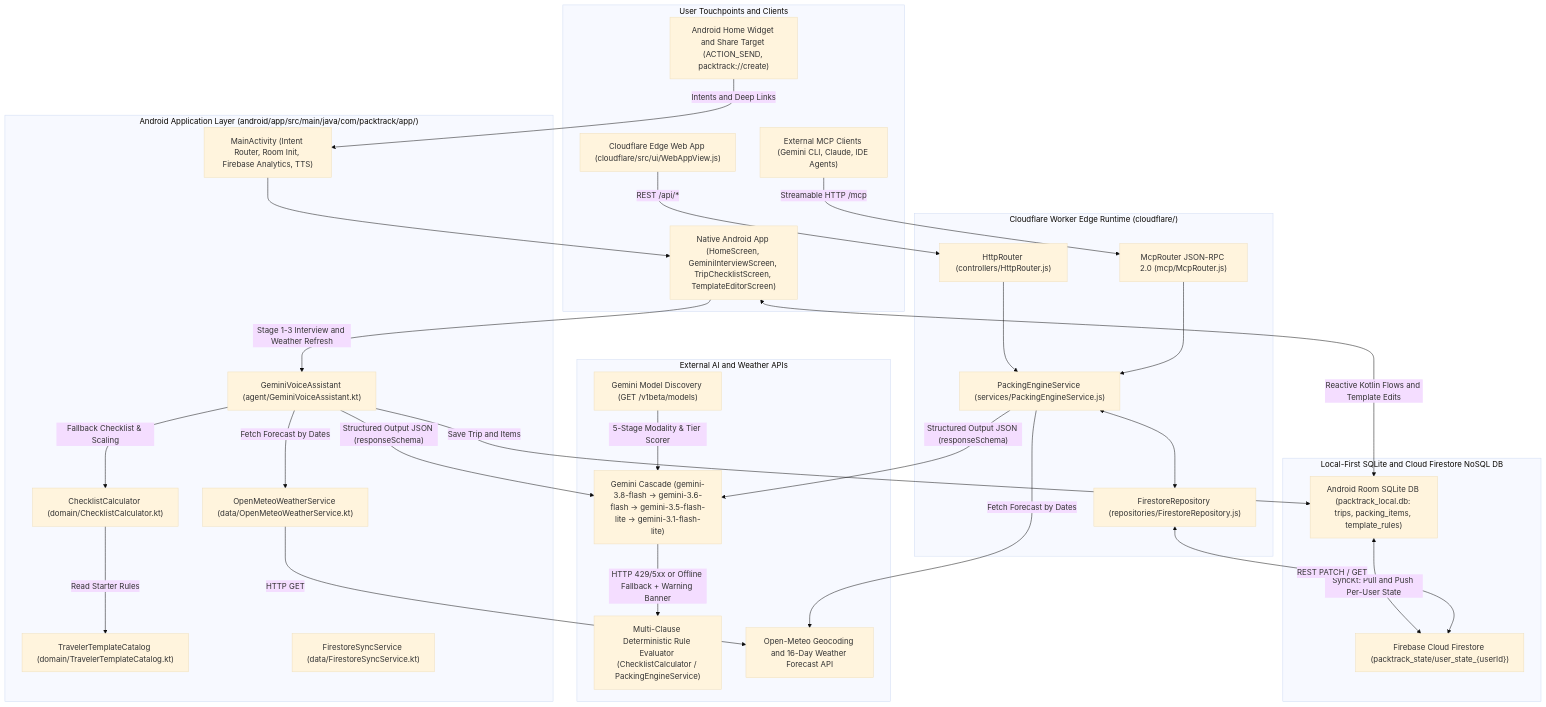
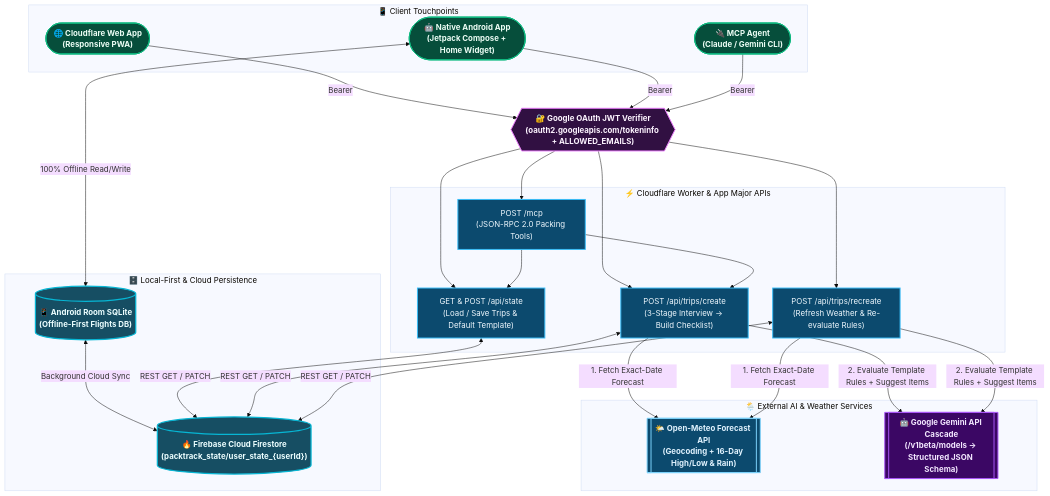
One commit to madhavsankar/PackTrack changed the second of 2 diagrams in README.md. Above: the diagram before and after it, drawn with Mermaid (base theme). The commit also changed other lines of this file and 1 other file, not shown here.

Commit message:
Add visual app screens SVG, colorful CUJ usage diagram, and shaped HLD diagram to README

````diff
--- a/README.md
+++ b/README.md
@@ -31,61 +66,46 @@
 ```mermaid
 flowchart TB
-    subgraph Clients["User Touchpoints and Clients"]
-        AndroidUI["Native Android App (HomeScreen, GeminiInterviewScreen, TripChecklistScreen, TemplateEditorScreen)"]
-        Widget["Android Home Widget and Share Target (ACTION_SEND, packtrack://create)"]
-        EdgePWA["Cloudflare Edge Web App (cloudflare/src/ui/WebAppView.js)"]
-        ExternalMCP["External MCP Clients (Gemini CLI, Claude, IDE Agents)"]
+    classDef client fill:#064e3b,stroke:#10b981,stroke-width:2px,color:#ecfdf5,font-weight:bold
+    classDef gate fill:#311042,stroke:#e879f9,stroke-width:2px,color:#fdf4ff,font-weight:bold
+    classDef api fill:#0c4a6e,stroke:#38bdf8,stroke-width:2px,color:#f0f9ff
+    classDef ext fill:#3b0764,stroke:#a855f7,stroke-width:2px,color:#f3e8ff,font-weight:bold
+    classDef weather fill:#0c4a6e,stroke:#7dd3fc,stroke-width:2px,color:#e0f2fe,font-weight:bold
+    classDef db fill:#164e63,stroke:#06b6d4,stroke-width:2.5px,color:#ecfeff,font-weight:bold
+
+    subgraph Touchpoints["📱 Client Touchpoints"]
+        WebPWA(["🌐 Cloudflare Web App\n(Responsive PWA)"]):::client
+        Android(["🤖 Native Android App\n(Jetpack Compose + Home Widget)"]):::client
+        McpClient(["🔌 MCP Agent\n(Claude / Gemini CLI)"]):::client
     end
 
-    subgraph AndroidRuntime["Android Application Layer (android/app/src/main/java/com/packtrack/app/)"]
-        MainAct["MainActivity (Intent Router, Room Init, Firebase Analytics, TTS)"]
-        VoiceAsst["GeminiVoiceAssistant (agent/GeminiVoiceAssistant.kt)"]
-        Calc["ChecklistCalculator (domain/ChecklistCalculator.kt)"]
-        Catalog["TravelerTemplateCatalog (domain/TravelerTemplateCatalog.kt)"]
-        WeatherKt["OpenMeteoWeatherService (data/OpenMeteoWeatherService.kt)"]
-        SyncKt["FirestoreSyncService (data/FirestoreSyncService.kt)"]
+    AuthGate{{"🔐 Google OAuth JWT Verifier\n(oauth2.googleapis.com/tokeninfo + ALLOWED_EMAILS)"}}:::gate
+
+    subgraph MajorAPIs["⚡ Cloudflare Worker & App Major APIs"]
+        StateAPI["GET & POST /api/state\n(Load / Save Trips & Default Template)"]:::api
+        CreateAPI["POST /api/trips/create\n(3-Stage Interview -> Build Checklist)"]:::api
+        RecreateAPI["POST /api/trips/recreate\n(Refresh Weather & Re-evaluate Rules)"]:::api
+        McpAPI["POST /mcp\n(JSON-RPC 2.0 Packing Tools)"]:::api
     end
 
-    subgraph EdgeRuntime["Cloudflare Worker Edge Runtime (cloudflare/)"]
-        HttpRouter["HttpRouter (controllers/HttpRouter.js)"]
-        EdgeEngine["PackingEngineService (services/PackingEngineService.js)"]
-        EdgeMcp["McpRouter JSON-RPC 2.0 (mcp/McpRouter.js)"]
-        FirestoreRepo["FirestoreRepository (repositories/FirestoreRepository.js)"]
+    subgraph ExternalServices["🌦️ External AI & Weather Services"]
+        OpenMeteo[["🌤️ Open-Meteo Forecast API\n(Geocoding + 16-Day High/Low & Rain)"]]:::weather
+        GeminiCascade[["🤖 Google Gemini API Cascade\n(/v1beta/models -> Structured JSON Schema)"]]:::ext
     end
 
-    subgraph ExternalAPIs["External AI and Weather APIs"]
-        ModelsAPI["Gemini Model Discovery (GET /v1beta/models)"]
-        GeminiCascade["Gemini Cascade (gemini-3.8-flash -> gemini-3.6-flash -> gemini-3.5-flash-lite -> gemini-3.1-flash-lite)"]
-        RuleFallback["Multi-Clause Deterministic Rule Evaluator (ChecklistCalculator / PackingEngineService)"]
-        OpenMeteo["Open-Meteo Geocoding and 16-Day Weather Forecast API"]
-        ModelsAPI -->|"5-Stage Modality & Tier Scorer"| GeminiCascade
-        GeminiCascade -->|"HTTP 429/5xx or Offline Fallback + Warning Banner"| RuleFallback
+    subgraph Storage["🗄️ Local-First & Cloud Persistence"]
+        RoomDB[("📱 Android Room SQLite\n(Offline-First Flights DB)")]:::db
+        FirestoreDB[("🔥 Firebase Cloud Firestore\n(packtrack_state/user_state_{userId})")]:::db
     end
 
-    subgraph Storage["Local-First SQLite and Cloud Firestore NoSQL DB"]
-        RoomDB["Android Room SQLite DB (packtrack_local.db: trips, packing_items, template_rules)"]
-        Firestore["Firebase Cloud Firestore (packtrack_state/user_state_{userId})"]
-    end
+    Android <-->|"100% Offline Read/Write"| RoomDB
+    RoomDB <-->|"Background Cloud Sync"| FirestoreDB
 
-    Widget -->|"Intents and Deep Links"| MainAct
-    MainAct --> AndroidUI
-    AndroidUI -->|"Stage 1-3 Interview and Weather Refresh"| VoiceAsst
-    AndroidUI <-->|"Reactive Kotlin Flows and Template Edits"| RoomDB
+    WebPWA & Android & McpClient -->|"Bearer <Google_ID_Token>"| AuthGate
+    AuthGate --> StateAPI & CreateAPI & RecreateAPI & McpAPI
 
-    VoiceAsst -->|"Structured Output JSON (responseSchema)"| GeminiCascade
-    VoiceAsst -->|"Fetch Forecast by Dates"| WeatherKt
-    VoiceAsst -->|"Fallback Checklist & Scaling"| Calc
-    Calc -->|"Read Starter Rules"| Catalog
-    WeatherKt -->|"HTTP GET"| OpenMeteo
-    VoiceAsst -->|"Save Trip and Items"| RoomDB
-    RoomDB <-->|"SyncKt: Pull and Push Per-User State"| Firestore
+    CreateAPI & RecreateAPI -->|"1. Fetch Exact-Date Forecast"| OpenMeteo
+    CreateAPI & RecreateAPI -->|"2. Evaluate Template Rules + Suggest Items"| GeminiCascade
+    McpAPI --> CreateAPI & StateAPI
 
-    EdgePWA -->|"REST /api/*"| HttpRouter
-    ExternalMCP -->|"Streamable HTTP /mcp"| EdgeMcp
-    HttpRouter --> EdgeEngine
-    EdgeMcp --> EdgeEngine
-    EdgeEngine -->|"Structured Output JSON (responseSchema)"| GeminiCascade
-    EdgeEngine -->|"Fetch Forecast by Dates"| OpenMeteo
-    EdgeEngine <--> FirestoreRepo
-    FirestoreRepo <-->|"REST PATCH / GET"| Firestore
+    StateAPI & CreateAPI & RecreateAPI <-->|"REST GET / PATCH"| FirestoreDB
 ```
````
